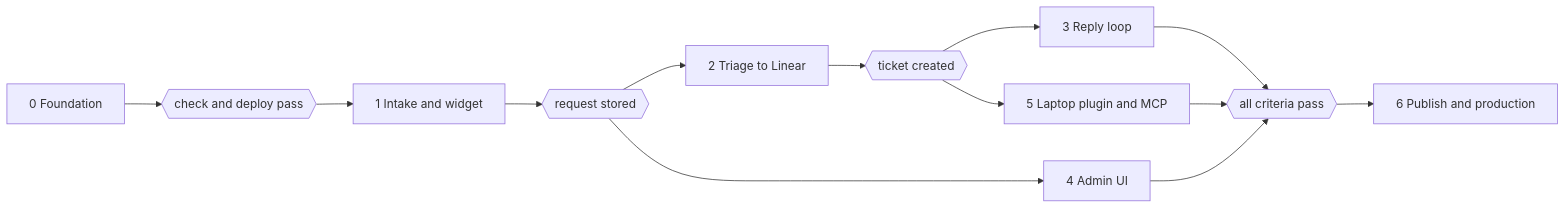
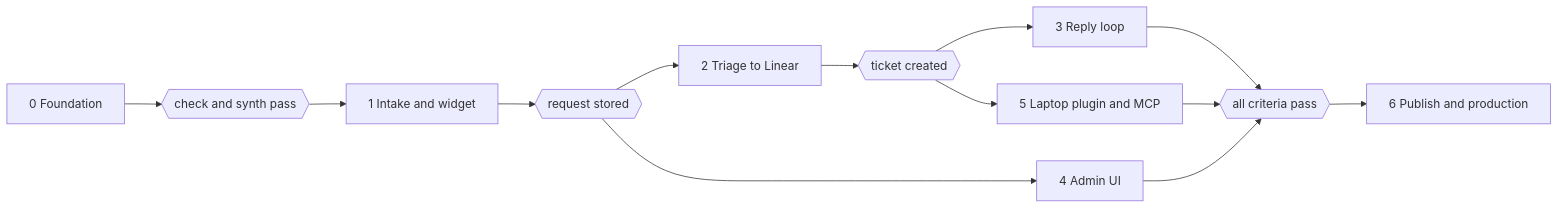
The third of 3 diagrams in docs/plans/customer-support-v1/PRD.md (pressw-llc/pw-customer-support), drawn with Mermaid before and after one commit. The commit also changed other lines of this file, not shown here.

````diff
--- a/docs/plans/customer-support-v1/PRD.md
+++ b/docs/plans/customer-support-v1/PRD.md
@@ -188,15 +190,15 @@
 ```mermaid
 flowchart LR
-    P0[0 Foundation] --> G0{{check and deploy pass}}
+    P0[0 Foundation] --> G0{{check and synth pass}}
     G0 --> P1[1 Intake and widget]
     P1 --> G1{{request stored}}
     G1 --> P2[2 Triage to Linear]
     G1 --> P4[4 Admin UI]
     P2 --> G2{{ticket created}}
     G2 --> P3[3 Reply loop]
     G2 --> P5[5 Laptop plugin and MCP]
     P3 --> G6{{all criteria pass}}
     P4 --> G6
     P5 --> G6
     G6 --> P6[6 Publish and production]
 ```
````
